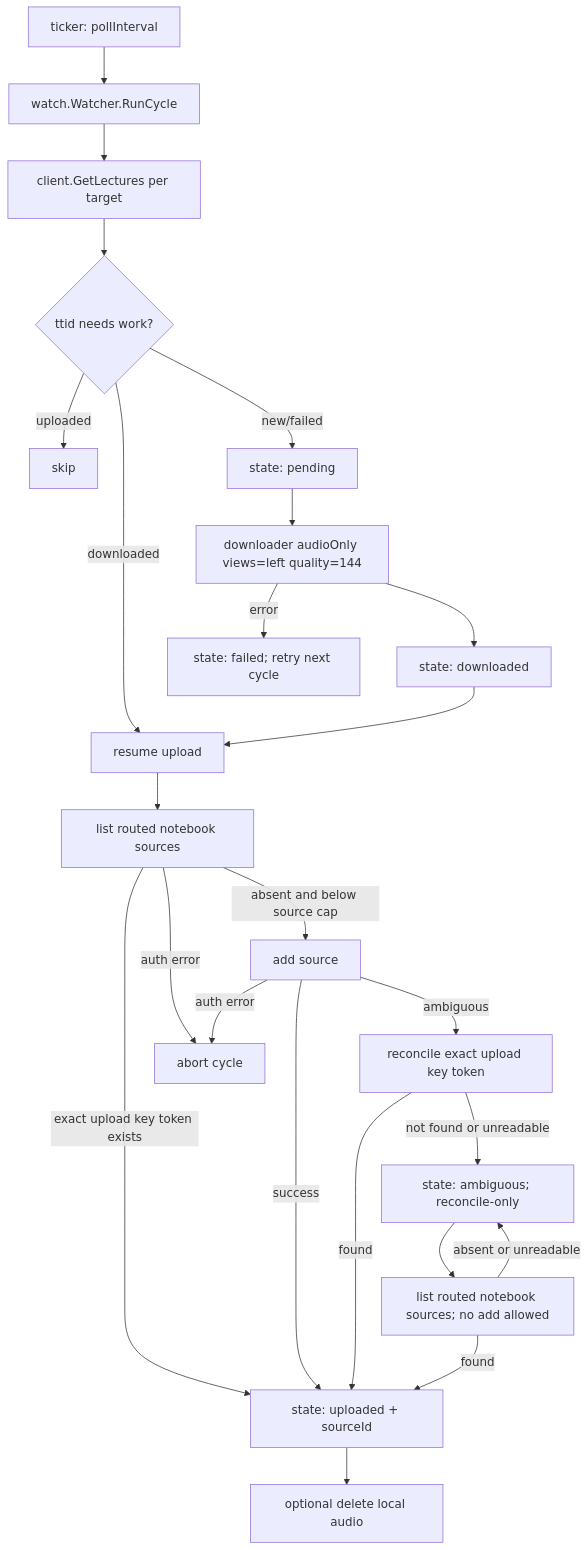
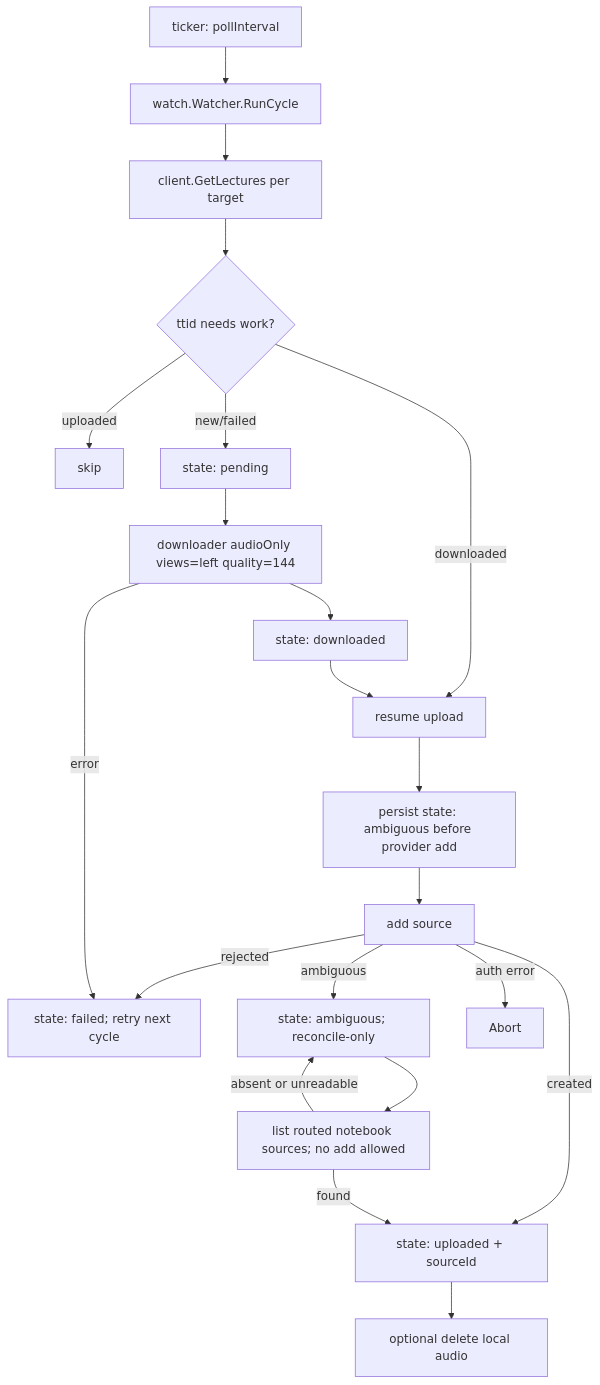
Before and after one commit to rabesss/impartus-cli: the fourth of 6 diagrams in docs/architecture.md, drawn with Mermaid. The commit also changed other lines of this file and 17 other files, not shown here.

````diff
--- a/docs/architecture.md
+++ b/docs/architecture.md
@@ -95,26 +95,23 @@
 ```mermaid
 flowchart TD
   Tick["ticker: pollInterval"] --> Loop
   Loop["watch.Watcher.RunCycle"] --> Fetch["client.GetLectures per target"]
   Fetch --> Diff{"ttid needs work?"}
   Diff -->|uploaded| Skip["skip"]
   Diff -->|downloaded| Up["resume upload"]
   Diff -->|new/failed| Claim["state: pending"]
   Claim --> DL["downloader audioOnly views=left quality=144"]
   DL --> Mark1["state: downloaded"]
   Mark1 --> Up
-  Up --> Recon["list routed notebook sources"]
-  Recon -->|exact upload key token exists| Mark2
-  Recon -->|absent and below source cap| Add["add source"]
-  Add -->|success| Mark2["state: uploaded + sourceId"]
-  Add -->|ambiguous| Recheck["reconcile exact upload key token"]
-  Recheck -->|found| Mark2
-  Recheck -->|not found or unreadable| Hold["state: ambiguous; reconcile-only"]
+  Up --> Intent["persist state: ambiguous before provider add"]
+  Intent --> Add["add source"]
+  Add -->|created| Mark2["state: uploaded + sourceId"]
+  Add -->|rejected| Retry["state: failed; retry next cycle"]
+  Add -->|ambiguous| Hold["state: ambiguous; reconcile-only"]
   Hold --> SafeRecon["list routed notebook sources; no add allowed"]
   SafeRecon -->|found| Mark2
   SafeRecon -->|absent or unreadable| Hold
   Mark2 --> Clean["optional delete local audio"]
-  DL -->|error| Retry["state: failed; retry next cycle"]
-  Recon -->|auth error| Abort["abort cycle"]
+  DL -->|error| Retry
   Add -->|auth error| Abort
 ```
````
